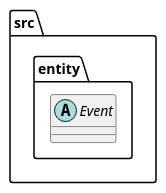
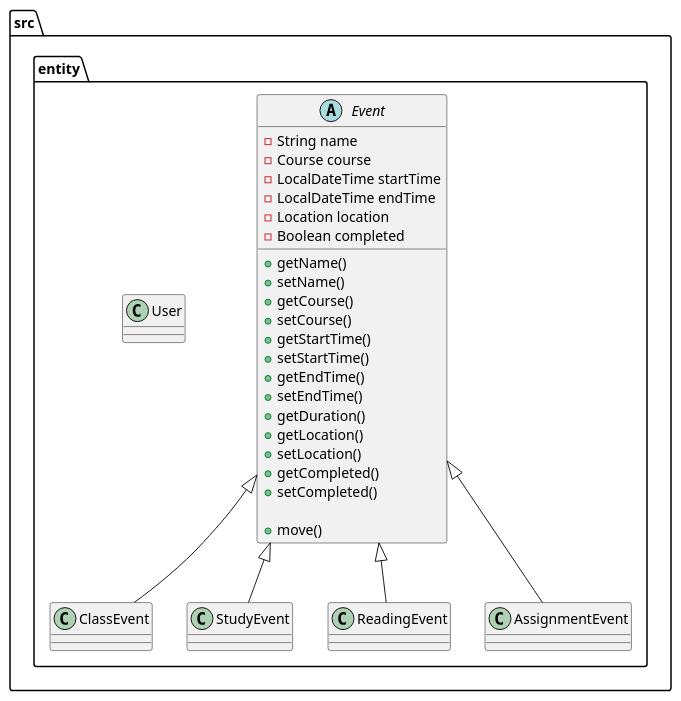
One commit to Rafiah-n/AcademiCal changed the diagram in DESIGN.puml. Above: the diagram before and after it, drawn with PlantUML.

```diff
--- a/DESIGN.puml
+++ b/DESIGN.puml
@@ -1,15 +1,56 @@
 @startuml
 
 folder src {
 
     folder entity {
 
         abstract Event {
+            -String name
+            -Course course
+            -LocalDateTime startTime
+            -LocalDateTime endTime
+            -Location location
+            -Boolean completed
 
+            +getName()
+            +setName()
+            +getCourse()
+            +setCourse()
+            +getStartTime()
+            +setStartTime()
+            +getEndTime()
+            +setEndTime()
+            +getDuration()
+            +getLocation()
+            +setLocation()
+            +getCompleted()
+            +setCompleted()
+
+            +move()  /' Moves start and end times in unison '/
+        }
+
+        class ClassEvent extends Event {
+
+        }
+
+        class StudyEvent extends Event {
+
+        }
+
+        class ReadingEvent extends Event {
+
+        }
+
+        class AssignmentEvent extends Event {
+
+        }
+
+        class User {
+            ' Unimplemented for now
         }
 
     }  /' folder entity '/
 
 }  /' folder src '/
 
 @enduml
```
